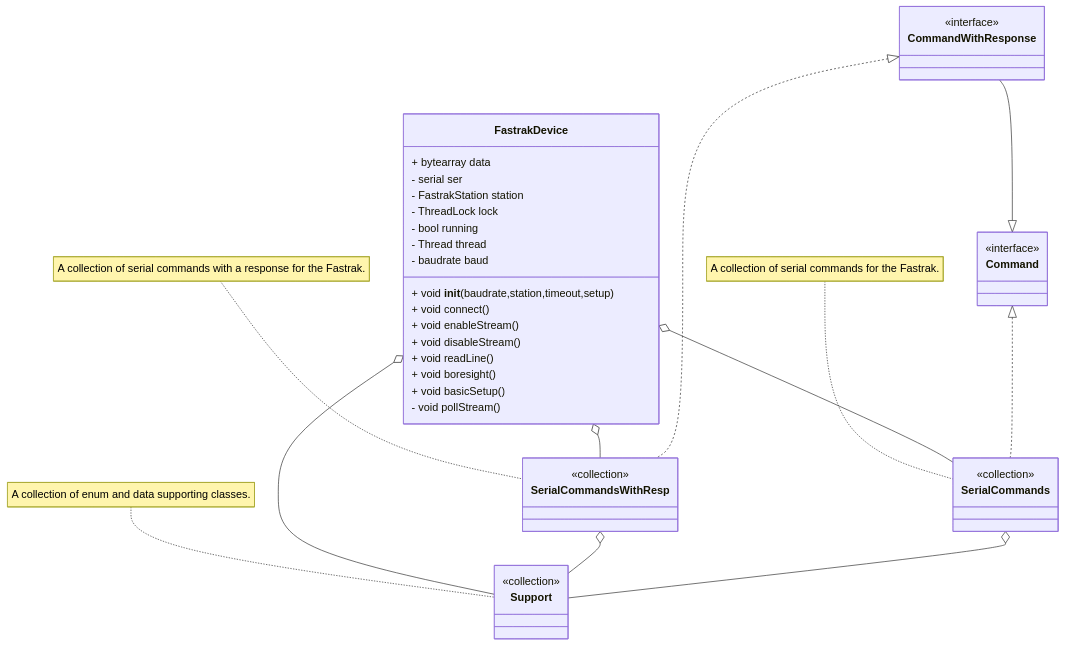
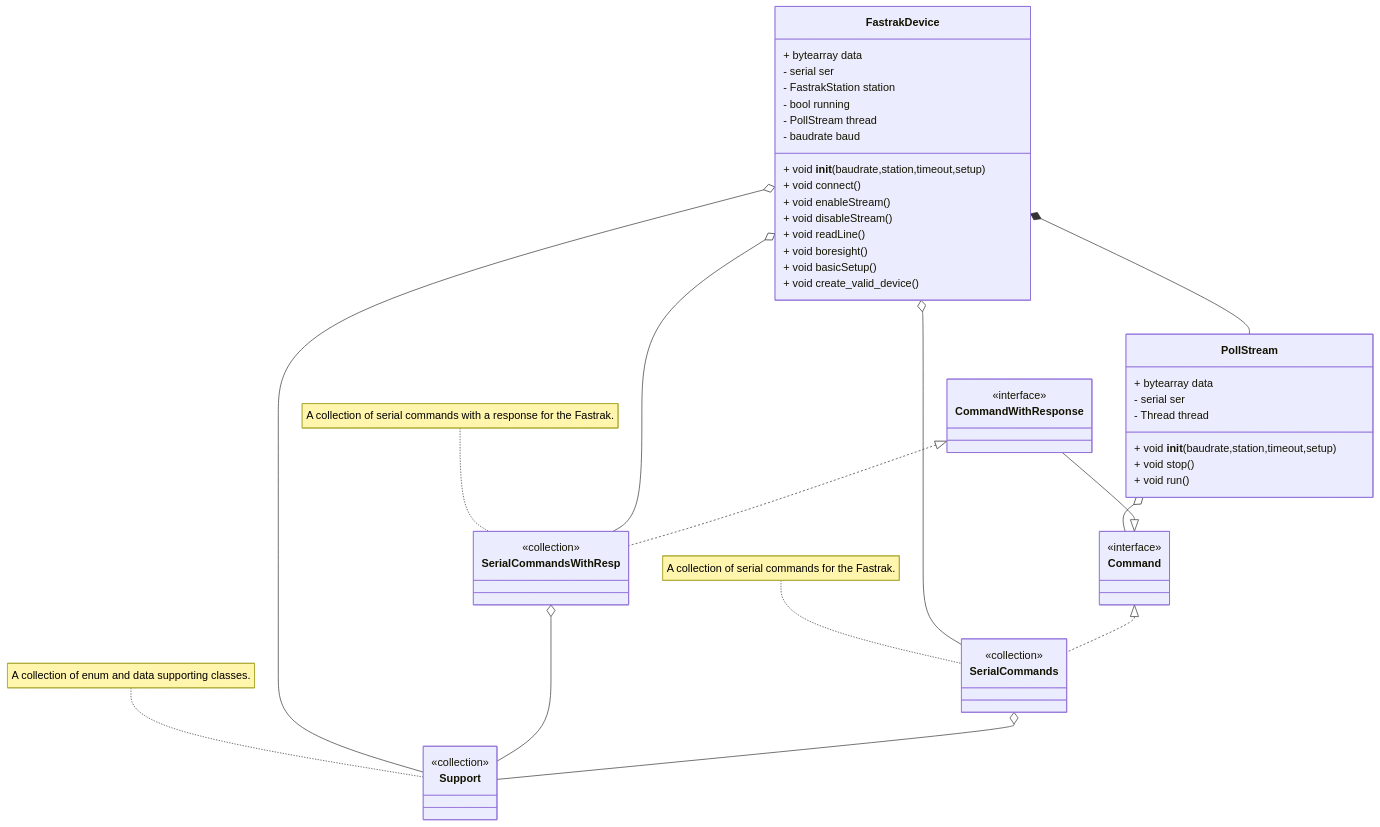
The third of 3 diagrams in docs/README.md (Nontrivial-Solutions/fastrak-serial-driver), drawn with Mermaid before and after one commit. The commit also changed 21 other files, not shown here.

````diff
--- a/docs/README.md
+++ b/docs/README.md
@@ -250,44 +250,53 @@
 ```mermaid
 classDiagram
 
     FastrakDevice o-- SerialCommandsWithResp
     FastrakDevice o-- SerialCommands
     FastrakDevice o-- Support 
+    FastrakDevice *-- PollStream 
+    PollStream o-- Command
 
     SerialCommandsWithResp o-- Support 
     SerialCommands o-- Support 
 
     CommandWithResponse --|> Command
     CommandWithResponse <|.. SerialCommandsWithResp
     Command <|.. SerialCommands
 
+    class PollStream{
+        + void __init__(baudrate,station,timeout,setup)
+        + void stop()
+        + void run()
+        + bytearray data 
+        - serial ser
+        - Thread thread
+    }
     class FastrakDevice{
         + void __init__(baudrate,station,timeout,setup)
         + void connect()
         + void enableStream()
         + void disableStream()
         + void readLine()
         + void boresight()
         + void basicSetup()
-        - void pollStream()
+        + void create_valid_device()
         + bytearray data 
         - serial ser
         - FastrakStation station
-        - ThreadLock lock
         - bool running
-        - Thread thread
+        - PollStream thread
         - baudrate baud
     }
 
     class Command{<<interface>>}
     class CommandWithResponse{<<interface>>}
     class Support{<<collection>>}
     class SerialCommands{<<collection>>}
     class SerialCommandsWithResp{<<collection>>}
 
     note for Support "A collection of enum and data supporting classes."
     note for SerialCommands "A collection of serial commands for the Fastrak."
     note for SerialCommandsWithResp "A collection of serial commands with a response for the Fastrak."
 
 
 ```
````
